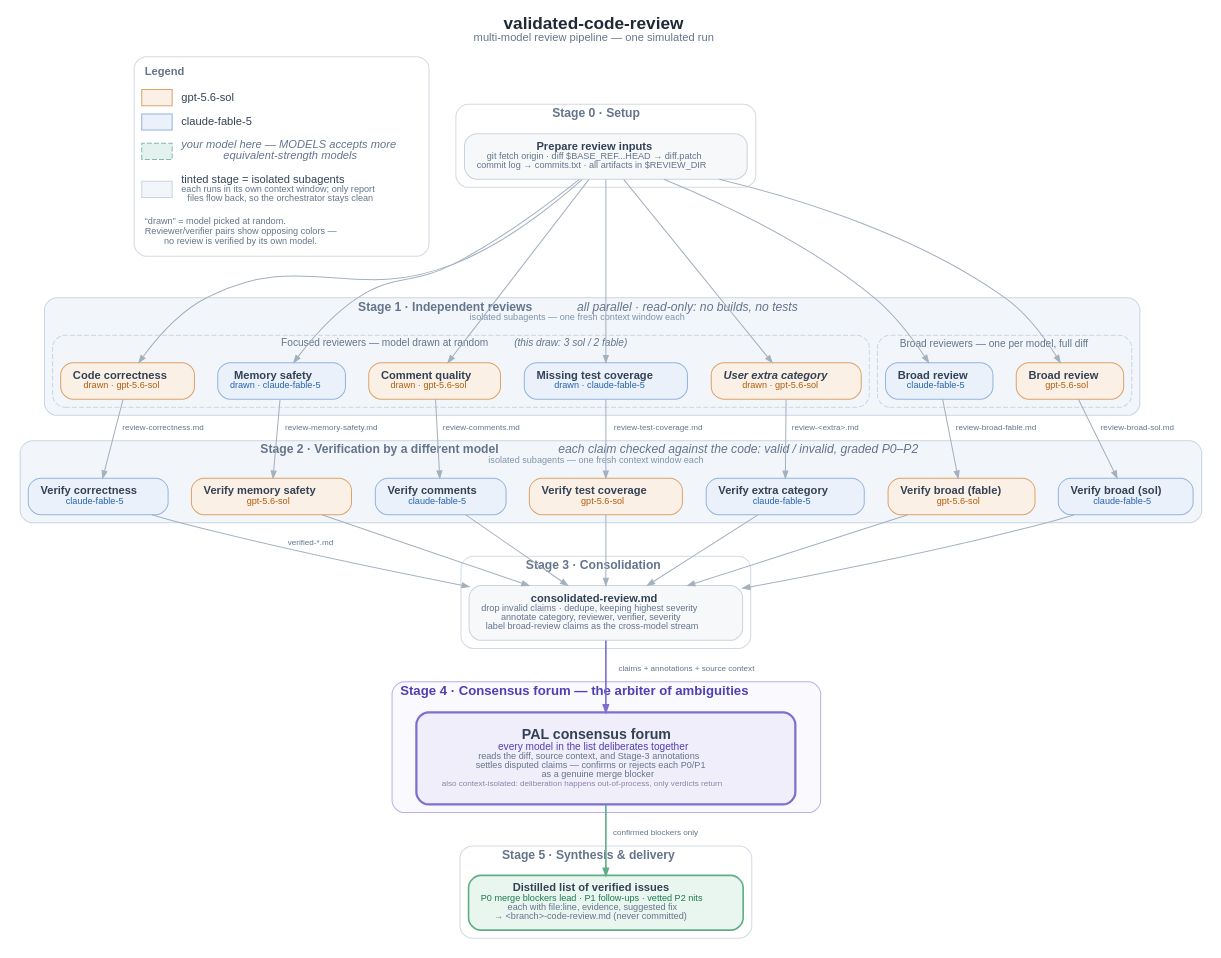
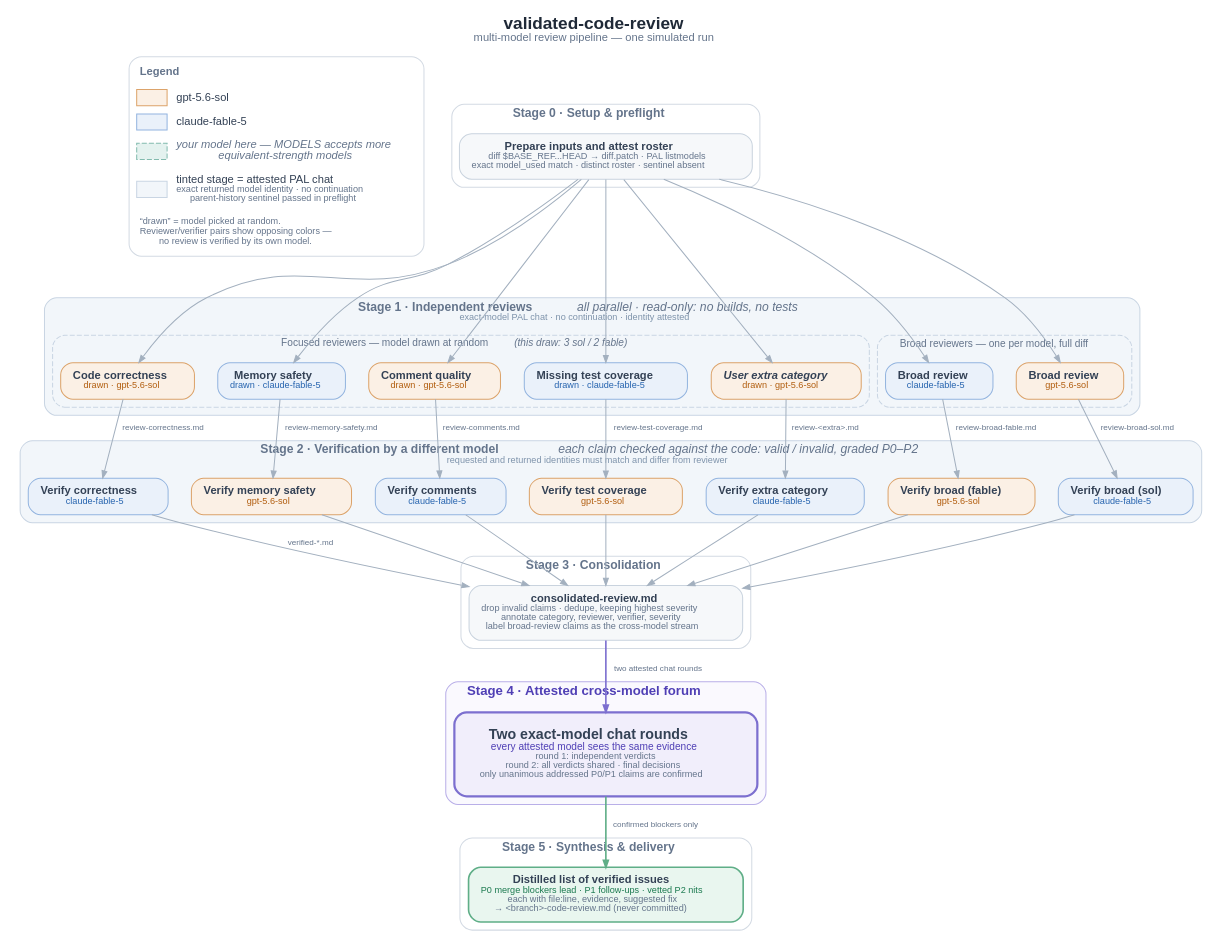
One commit to jwiegley/nix-config changed the diagram in config/ai/skills/validated-code-review/assets/validated-code-review-stages.dot. Above: the diagram before and after it, drawn with Graphviz. The commit also changed 16 other files, not shown here.

Commit message:
fix(review): attest isolation and model identity

```diff
--- a/config/ai/skills/validated-code-review/assets/validated-code-review-stages.dot
+++ b/config/ai/skills/validated-code-review/assets/validated-code-review-stages.dot
@@ -1,150 +1,150 @@
 // validated-code-review — stage pipeline
 // One simulated run of the model-assignment rules:
 //   * Focused reviewers drawn uniformly at random from MODELS
 //     (this run: 3x gpt-5.6-sol, 2x claude-fable-5)
 //   * Every review verified by a DIFFERENT model — with two models in the
 //     list the verifier is always the opposite one, shown in the opposing
 //     color of its reviewer.
 // Render (from the skill root):
 //   dot -Tsvg assets/validated-code-review-stages.dot -o assets/validated-code-review-stages.svg
 
 digraph validated_code_review {
     rankdir=TB;
     compound=true;
     ranksep=0.65;
     nodesep=0.32;
     fontname="Helvetica";
     bgcolor="white";
     labelloc="t";
     label=<<font point-size="17" color="#1F2937"><b>validated-code-review</b></font><br/><font point-size="11" color="#64748B">multi-model review pipeline — one simulated run</font>>;
     node  [fontname="Helvetica", fontsize=11, shape=box, style="filled,rounded",
            margin="0.16,0.11", color="#C9D3DE", fillcolor="#F6F8FA", fontcolor="#334155"];
     edge  [fontname="Helvetica", fontsize=8, color="#A3B0BF", fontcolor="#64748B", arrowsize=0.7];
 
     // palette --------------------------------------------------------------
     //   gpt-5.6-sol     fill #FBF0E5  border #DCA36A  accent #B15D0E
     //   claude-fable-5  fill #EAF1FA  border #93B4DF  accent #2563AE
     //   your model      fill #E4F2EF  border #82BBAE  (legend placeholder only)
     //   neutral steps   fill #F6F8FA  border #C9D3DE
-    //   subagent stages fill #F2F6FA  (stage-level tint = context isolation)
-    //   PAL forum       fill #F1EEFB  border #7C6FCF  accent #4F3FB5
+    //   attested stages fill #F2F6FA  (exact model + verified no-history)
+    //   chat forum      fill #F1EEFB  border #7C6FCF  accent #4F3FB5
     //   deliverable     fill #E9F6EF  border #5FAE87  accent #1C7A50
 
     // ---- Legend ------------------------------------------------------------
     legend [shape=plaintext, style="", fillcolor="none", label=<
         <table border="1" cellborder="0" cellspacing="6" cellpadding="3" color="#D3DAE3" style="rounded">
             <tr><td colspan="2" align="left"><font point-size="11" color="#64748B"><b>Legend</b></font></td></tr>
             <tr>
                 <td border="1" bgcolor="#FBF0E5" color="#DCA36A" fixedsize="true" width="30" height="16"></td>
                 <td align="left"><font color="#334155">gpt-5.6-sol</font></td>
             </tr>
             <tr>
                 <td border="1" bgcolor="#EAF1FA" color="#93B4DF" fixedsize="true" width="30" height="16"></td>
                 <td align="left"><font color="#334155">claude-fable-5</font></td>
             </tr>
             <tr>
                 <td border="1" bgcolor="#E4F2EF" color="#82BBAE" style="dashed" fixedsize="true" width="30" height="16"></td>
                 <td align="left"><font color="#64748B"><i>your model here — MODELS accepts more<br align="left"/>equivalent-strength models</i></font></td>
             </tr>
             <tr>
                 <td border="1" bgcolor="#F2F6FA" color="#C9D5E3" fixedsize="true" width="30" height="16"></td>
-                <td align="left"><font color="#334155">tinted stage = isolated subagents</font><br align="left"/><font point-size="9" color="#64748B">each runs in its own context window; only report<br align="left"/>files flow back, so the orchestrator stays clean</font></td>
+                <td align="left"><font color="#334155">tinted stage = attested PAL chat</font><br align="left"/><font point-size="9" color="#64748B">exact returned model identity · no continuation<br align="left"/>parent-history sentinel passed in preflight</font></td>
             </tr>
             <tr><td colspan="2" align="left"><font point-size="9" color="#64748B">“drawn” = model picked at random.<br align="left"/>Reviewer/verifier pairs show opposing colors —<br align="left"/>no review is verified by its own model.</font></td></tr>
         </table>>];
 
     // ---- Stage 0 -----------------------------------------------------------
     subgraph cluster_s0 {
-        label=<<font point-size="12" color="#64748B"><b>Stage 0 · Setup</b></font>>;
+        label=<<font point-size="12" color="#64748B"><b>Stage 0 · Setup &amp; preflight</b></font>>;
         style="rounded"; color="#D3DAE3";
-        setup [label=<<b>Prepare review inputs</b><br/><font point-size="9" color="#64748B">git fetch origin · diff $BASE_REF...HEAD → diff.patch<br/>commit log → commits.txt · all artifacts in $REVIEW_DIR</font>>];
+        setup [label=<<b>Prepare inputs and attest roster</b><br/><font point-size="9" color="#64748B">diff $BASE_REF...HEAD → diff.patch · PAL listmodels<br/>exact model_used match · distinct roster · sentinel absent</font>>];
     }
 
     // ---- Stage 1 — independent reviews (parallel) ---------------------------
     subgraph cluster_s1 {
-        label=<<font point-size="12" color="#64748B"><b>Stage 1 · Independent reviews</b>&nbsp;&nbsp;<i>all parallel · read-only: no builds, no tests</i></font><br/><font point-size="9" color="#7E93AB">isolated subagents — one fresh context window each</font>>;
+        label=<<font point-size="12" color="#64748B"><b>Stage 1 · Independent reviews</b>&nbsp;&nbsp;<i>all parallel · read-only: no builds, no tests</i></font><br/><font point-size="9" color="#7E93AB">exact-model PAL chat · no continuation · identity attested</font>>;
         style="rounded,filled"; color="#C9D5E3"; fillcolor="#F2F6FA";
 
         subgraph cluster_s1_focused {
             label=<<font point-size="10" color="#64748B">Focused reviewers — model drawn at random&nbsp;&nbsp;<i>(this draw: 3 sol / 2 fable)</i></font>>;
             style="dashed,rounded,filled"; color="#C9D5E3"; fillcolor="#F2F6FA";
             r_correct  [label=<<b>Code correctness</b><br/><font point-size="9" color="#B15D0E">drawn · gpt-5.6-sol</font>>,        fillcolor="#FBF0E5", color="#DCA36A"];
             r_memory   [label=<<b>Memory safety</b><br/><font point-size="9" color="#2563AE">drawn · claude-fable-5</font>>,       fillcolor="#EAF1FA", color="#93B4DF"];
             r_comments [label=<<b>Comment quality</b><br/><font point-size="9" color="#B15D0E">drawn · gpt-5.6-sol</font>>,         fillcolor="#FBF0E5", color="#DCA36A"];
             r_tests    [label=<<b>Missing test coverage</b><br/><font point-size="9" color="#2563AE">drawn · claude-fable-5</font>>,fillcolor="#EAF1FA", color="#93B4DF"];
             r_extra    [label=<<b><i>User extra category</i></b><br/><font point-size="9" color="#B15D0E">drawn · gpt-5.6-sol</font>>, fillcolor="#FBF0E5", color="#DCA36A"];
         }
 
         subgraph cluster_s1_broad {
             label=<<font point-size="10" color="#64748B">Broad reviewers — one per model, full diff</font>>;
             style="dashed,rounded,filled"; color="#C9D5E3"; fillcolor="#F2F6FA";
             r_broad_fable [label=<<b>Broad review</b><br/><font point-size="9" color="#2563AE">claude-fable-5</font>>, fillcolor="#EAF1FA", color="#93B4DF"];
             r_broad_sol   [label=<<b>Broad review</b><br/><font point-size="9" color="#B15D0E">gpt-5.6-sol</font>>,    fillcolor="#FBF0E5", color="#DCA36A"];
         }
     }
 
     // ---- Stage 2 — different-model verification ------------------------------
     subgraph cluster_s2 {
-        label=<<font point-size="12" color="#64748B"><b>Stage 2 · Verification by a different model</b>&nbsp;&nbsp;<i>each claim checked against the code: valid / invalid, graded P0–P2</i></font><br/><font point-size="9" color="#7E93AB">isolated subagents — one fresh context window each</font>>;
+        label=<<font point-size="12" color="#64748B"><b>Stage 2 · Verification by a different model</b>&nbsp;&nbsp;<i>each claim checked against the code: valid / invalid, graded P0–P2</i></font><br/><font point-size="9" color="#7E93AB">requested and returned identities must match and differ from reviewer</font>>;
         style="rounded,filled"; color="#C9D5E3"; fillcolor="#F2F6FA";
         v_correct  [label=<<b>Verify correctness</b><br/><font point-size="9" color="#2563AE">claude-fable-5</font>>,    fillcolor="#EAF1FA", color="#93B4DF"];
         v_memory   [label=<<b>Verify memory safety</b><br/><font point-size="9" color="#B15D0E">gpt-5.6-sol</font>>,     fillcolor="#FBF0E5", color="#DCA36A"];
         v_comments [label=<<b>Verify comments</b><br/><font point-size="9" color="#2563AE">claude-fable-5</font>>,       fillcolor="#EAF1FA", color="#93B4DF"];
         v_tests    [label=<<b>Verify test coverage</b><br/><font point-size="9" color="#B15D0E">gpt-5.6-sol</font>>,     fillcolor="#FBF0E5", color="#DCA36A"];
         v_extra    [label=<<b>Verify extra category</b><br/><font point-size="9" color="#2563AE">claude-fable-5</font>>, fillcolor="#EAF1FA", color="#93B4DF"];
         v_broad_fable [label=<<b>Verify broad (fable)</b><br/><font point-size="9" color="#B15D0E">gpt-5.6-sol</font>>,  fillcolor="#FBF0E5", color="#DCA36A"];
         v_broad_sol   [label=<<b>Verify broad (sol)</b><br/><font point-size="9" color="#2563AE">claude-fable-5</font>>, fillcolor="#EAF1FA", color="#93B4DF"];
     }
 
     // ---- Stage 3 -------------------------------------------------------------
     subgraph cluster_s3 {
         label=<<font point-size="12" color="#64748B"><b>Stage 3 · Consolidation</b></font>>;
         style="rounded"; color="#D3DAE3";
         consolidate [label=<<b>consolidated-review.md</b><br/><font point-size="9" color="#64748B">drop invalid claims · dedupe, keeping highest severity<br/>annotate category, reviewer, verifier, severity<br/>label broad-review claims as the cross-model stream</font>>];
     }
 
-    // ---- Stage 4 — PAL consensus forum (the arbiter) ---------------------------
+    // ---- Stage 4 — attested cross-model forum -----------------------------------
     subgraph cluster_s4 {
-        label=<<font point-size="13" color="#4F3FB5"><b>Stage 4 · Consensus forum — the arbiter of ambiguities</b></font>>;
+        label=<<font point-size="13" color="#4F3FB5"><b>Stage 4 · Attested cross-model forum</b></font>>;
         style="rounded,filled"; color="#B9AFE8"; fillcolor="#FAF9FE";
-        pal [label=<<font point-size="14"><b>PAL consensus forum</b></font><br/><font point-size="10" color="#4F3FB5">every model in the list deliberates together</font><br/><font point-size="9" color="#64748B">reads the diff, source context, and Stage-3 annotations<br/>settles disputed claims — confirms or rejects each P0/P1<br/>as a genuine merge blocker</font><br/><font point-size="8" color="#8B84A8">also context-isolated: deliberation happens out-of-process, only verdicts return</font>>,
+        pal [label=<<font point-size="14"><b>Two exact-model chat rounds</b></font><br/><font point-size="10" color="#4F3FB5">every attested model sees the same evidence</font><br/><font point-size="9" color="#64748B">round 1: independent verdicts<br/>round 2: all verdicts shared · final decisions<br/>only unanimous addressed P0/P1 claims are confirmed</font>>,
              penwidth=2.2, fillcolor="#F1EEFB", color="#7C6FCF", margin="0.35,0.22"];
     }
 
     // ---- Stage 5 ----------------------------------------------------------------
     subgraph cluster_s5 {
         label=<<font point-size="12" color="#64748B"><b>Stage 5 · Synthesis &amp; delivery</b></font>>;
         style="rounded"; color="#D3DAE3";
         final [label=<<b>Distilled list of verified issues</b><br/><font point-size="9" color="#1C7A50">P0 merge blockers lead · P1 follow-ups · vetted P2 nits</font><br/><font point-size="9" color="#64748B">each with file:line, evidence, suggested fix<br/>→ &lt;branch&gt;-code-review.md (never committed)</font>>,
                fillcolor="#E9F6EF", color="#5FAE87", penwidth=1.6];
     }
 
     // ---- flow ---------------------------------------------------------------
     setup -> r_correct;
     setup -> r_memory;
     setup -> r_comments;
     setup -> r_tests;
     setup -> r_extra;
     setup -> r_broad_fable;
     setup -> r_broad_sol;
 
     // reviewer → its opposite-model verifier (color flips within each pair)
     r_correct     -> v_correct     [label="review-correctness.md"];
     r_memory      -> v_memory      [label="review-memory-safety.md"];
     r_comments    -> v_comments    [label="review-comments.md"];
     r_tests       -> v_tests       [label="review-test-coverage.md"];
     r_extra       -> v_extra       [label="review-<extra>.md"];
     r_broad_fable -> v_broad_fable [label="review-broad-fable.md"];
     r_broad_sol   -> v_broad_sol   [label="review-broad-sol.md"];
 
     v_correct     -> consolidate [label="verified-*.md"];
     v_memory      -> consolidate;
     v_comments    -> consolidate;
     v_tests       -> consolidate;
     v_extra       -> consolidate;
     v_broad_fable -> consolidate;
     v_broad_sol   -> consolidate;
 
-    consolidate -> pal   [label="claims + annotations + source context", penwidth=1.6, color="#7C6FCF"];
+    consolidate -> pal   [label="two attested chat rounds", penwidth=1.6, color="#7C6FCF"];
     pal         -> final [label="confirmed blockers only",               penwidth=1.6, color="#5FAE87"];
 }
```
